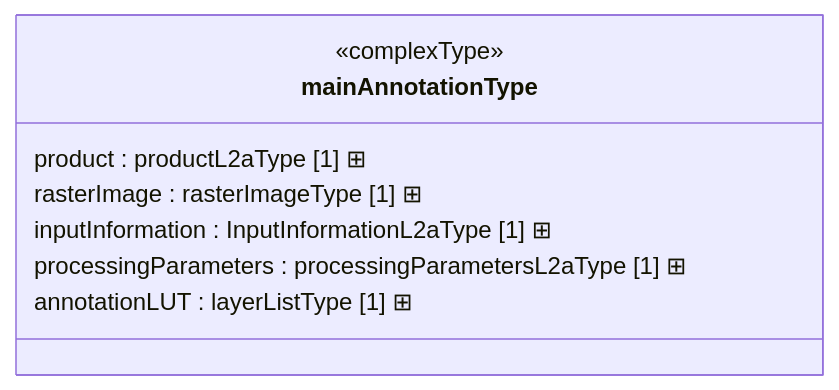
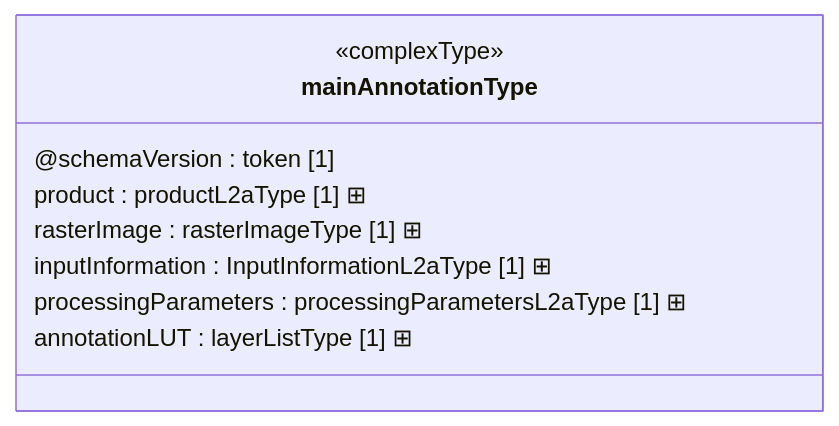
One commit to BioPAL/BPS changed the first of 14 diagrams in docs/science-guide/pfd-l2-fd/04-l2a-products-format-specification.md. Above: the diagram before and after it, drawn with Mermaid. The commit also changed other lines of this file and 37 other files, not shown here.

````diff
--- a/docs/science-guide/pfd-l2-fd/04-l2a-products-format-specification.md
+++ b/docs/science-guide/pfd-l2-fd/04-l2a-products-format-specification.md
@@ -318,13 +318,14 @@
 ```{mermaid}
 %%{init: {"class": {"useMaxWidth": false}, "state": {"useMaxWidth": false}}}%%
 classDiagram
   direction LR
   class mainAnnotationType {
     <<complexType>>
+    @schemaVersion : token [1]
     product : productL2aType [1] ⊞
     rasterImage : rasterImageType [1] ⊞
     inputInformation : InputInformationL2aType [1] ⊞
     processingParameters : processingParametersL2aType [1] ⊞
     annotationLUT : layerListType [1] ⊞
   }
 ```
````
